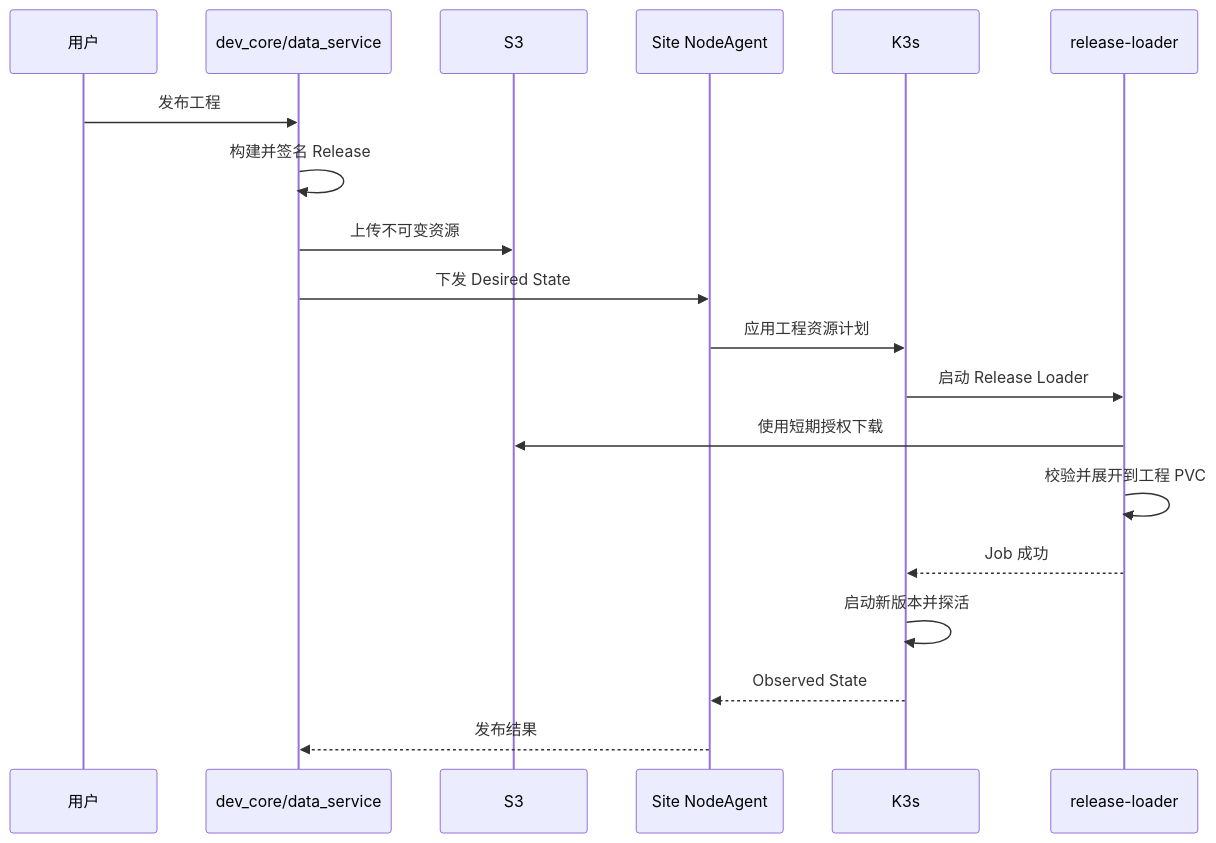
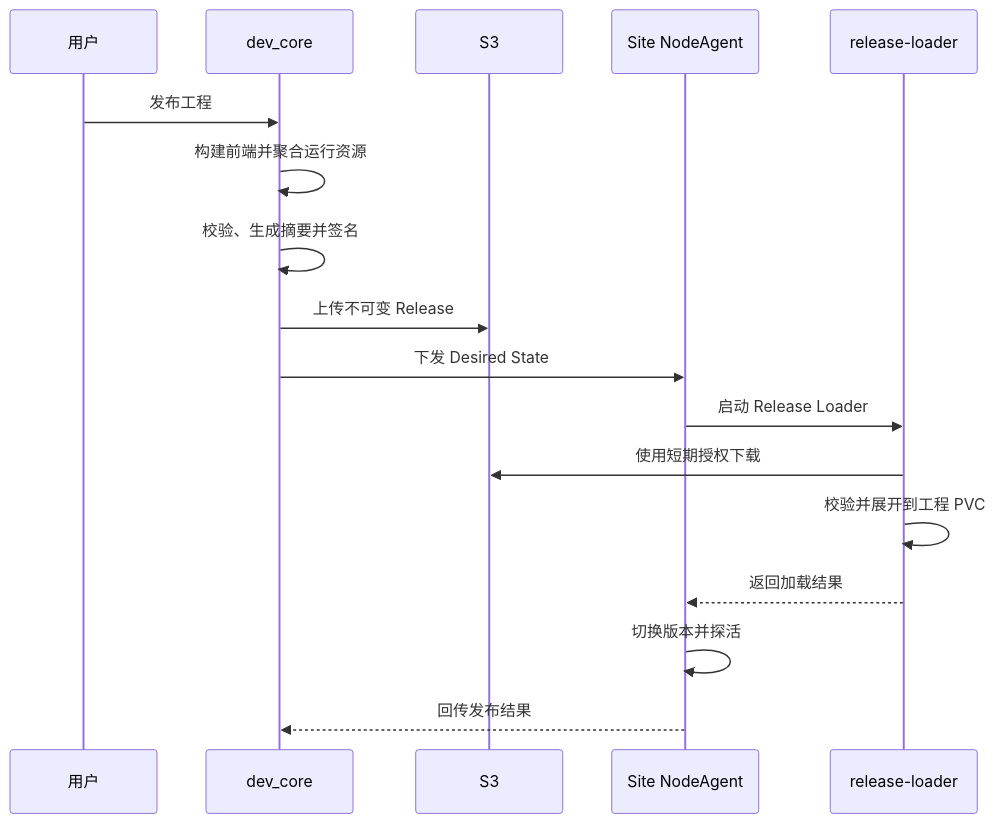
One commit to hsworld-top/InduForge changed the third of 3 diagrams in docs/02-系统设计/工程发布与资源分发架构.md. Above: the diagram before and after it, drawn with Mermaid. The commit also changed other lines of this file and 110 other files, not shown here.

````diff
--- a/docs/02-系统设计/工程发布与资源分发架构.md
+++ b/docs/02-系统设计/工程发布与资源分发架构.md
@@ -49,21 +70,19 @@
 ```mermaid
 sequenceDiagram
     participant U as 用户
-    participant C as dev_core/data_service
+    participant C as dev_core
     participant S as S3
     participant A as Site NodeAgent
-    participant K as K3s
     participant L as release-loader
     U->>C: 发布工程
-    C->>C: 构建并签名 Release
-    C->>S: 上传不可变资源
+    C->>C: 构建前端并聚合运行资源
+    C->>C: 校验、生成摘要并签名
+    C->>S: 上传不可变 Release
     C->>A: 下发 Desired State
-    A->>K: 应用工程资源计划
-    K->>L: 启动 Release Loader
+    A->>L: 启动 Release Loader
     L->>S: 使用短期授权下载
     L->>L: 校验并展开到工程 PVC
-    L-->>K: Job 成功
-    K->>K: 启动新版本并探活
-    K-->>A: Observed State
-    A-->>C: 发布结果
+    L-->>A: 返回加载结果
+    A->>A: 切换版本并探活
+    A-->>C: 回传发布结果
 ```
````
